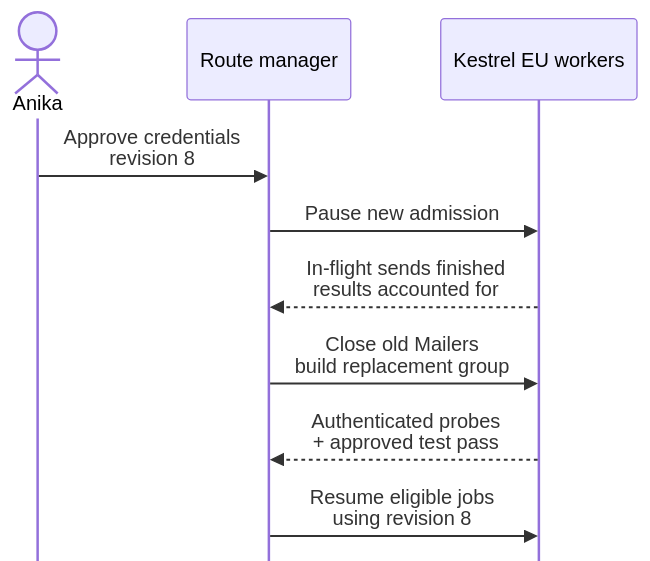
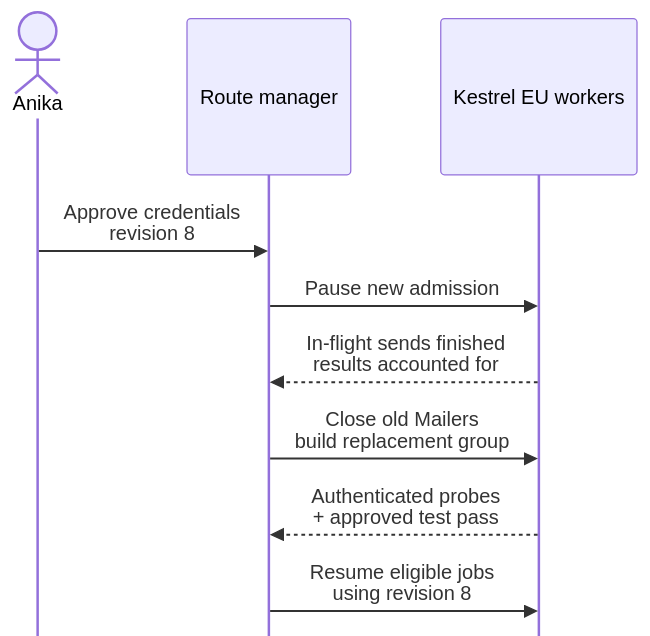
Before and after one commit to simple-java-mail/simplejavamail.org: the fourth of 4 diagrams in src/journal/2026-09-12-everybody-brought-their-own-mail-server.md, drawn with Mermaid. The commit also changed other lines of this file and 50 other files, not shown here.

Commit message:
feat(journal): add cyberpunk case studies, dark mode and discussions

````diff
--- a/src/journal/2026-09-12-everybody-brought-their-own-mail-server.md
+++ b/src/journal/2026-09-12-everybody-brought-their-own-mail-server.md
@@ -374,16 +418,19 @@
 ```mermaid
-%%{init: { "sequence": { "mirrorActors": false, "actorMargin": 24, "width": 125, "height": 65, "messageMargin": 32 } } }%%
+%%{init: { "sequence": { "mirrorActors": false, "actorMargin": 24, "width": 125, "height": 125, "messageMargin": 32 } } }%%
+%% journal-portrait: admin /assets/journal/personas/relay-desk-anika-portrait.jpg
+%% journal-node: registry /assets/journal/relaydesk-cyberpunk-route-manager-node.png
+%% journal-node: workers /assets/journal/relaydesk-cyberpunk-dispatch-workers-node.png
 sequenceDiagram
     accTitle: Replacing Kestrel's approved mail configuration
     accDescr: Anika approves replacement credentials. RelayDesk's route manager stops admitting work to Kestrel EU across its dispatch processes, waits for their in-flight sends, closes the old Mailers, constructs the complete replacement group and tests it. Admission resumes only if the replacement group passes the checks. Other customer routes continue throughout.
     actor admin as Anika
     participant registry as Route manager
     participant workers as Kestrel EU workers
 
     admin->>registry: Approve credentials<br/>revision 8
     registry->>workers: Pause new admission
     workers-->>registry: In-flight sends finished<br/>results accounted for
     registry->>workers: Close old Mailers<br/>build replacement group
     workers-->>registry: Authenticated probes<br/>+ approved test pass
     registry->>workers: Resume eligible jobs<br/>using revision 8
 ```
````
